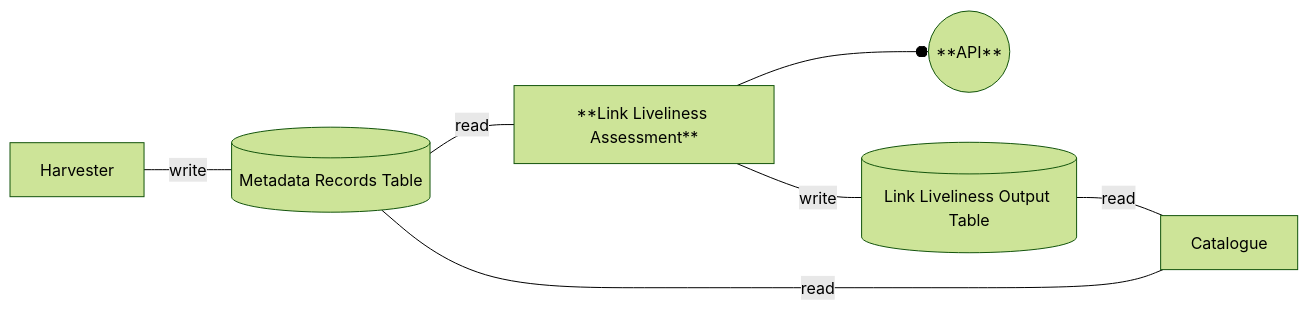
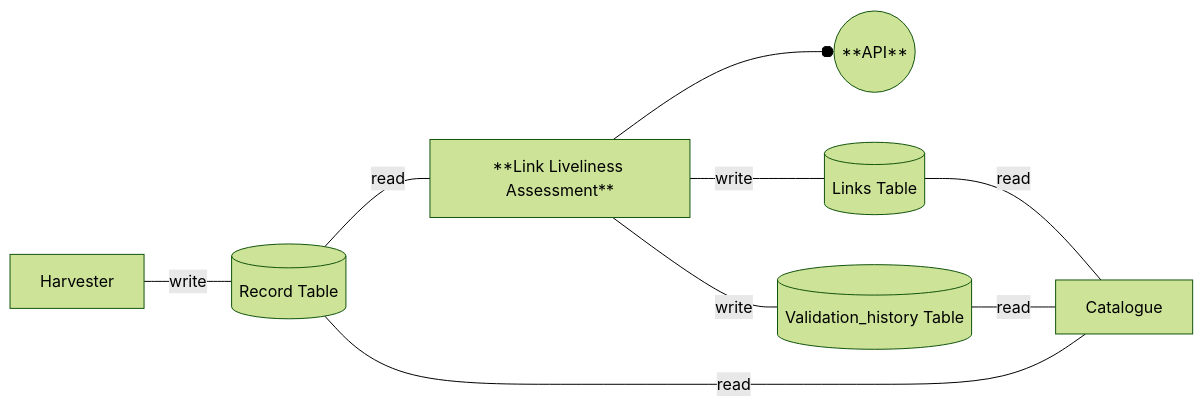
Before and after one commit to soilwise-he/link-liveliness-assessment: the first of 3 diagrams in docs/design.md, drawn with Mermaid (forest theme). The commit also changed other lines of this file, not shown here.

Commit message:
add sequence diagram, update design diagram

````diff
--- a/docs/design.md
+++ b/docs/design.md
@@ -84,10 +85,11 @@
 ```mermaid
 flowchart LR
-    H[Harvester]-- write ---MR[(Metadata Records Table)]
+    H[Harvester]-- write ---MR[(Record Table)]
     MR-- read ---LAA[**Link Liveliness Assessment**]
     LAA --o API((**API**))
     MR-- read ---CA[Catalogue]
-    LAA-- write ---LLAO[(Link Liveliness Output Table)]
-    LLAO-- read ---CA
-
+    LAA-- write ---LLAL[(Links Table)]
+    LAA-- write ---LLAVH[(Validation_history Table)]
+    LLAL-- read ---CA
+    LLAVH-- read ---CA
 ```
````
